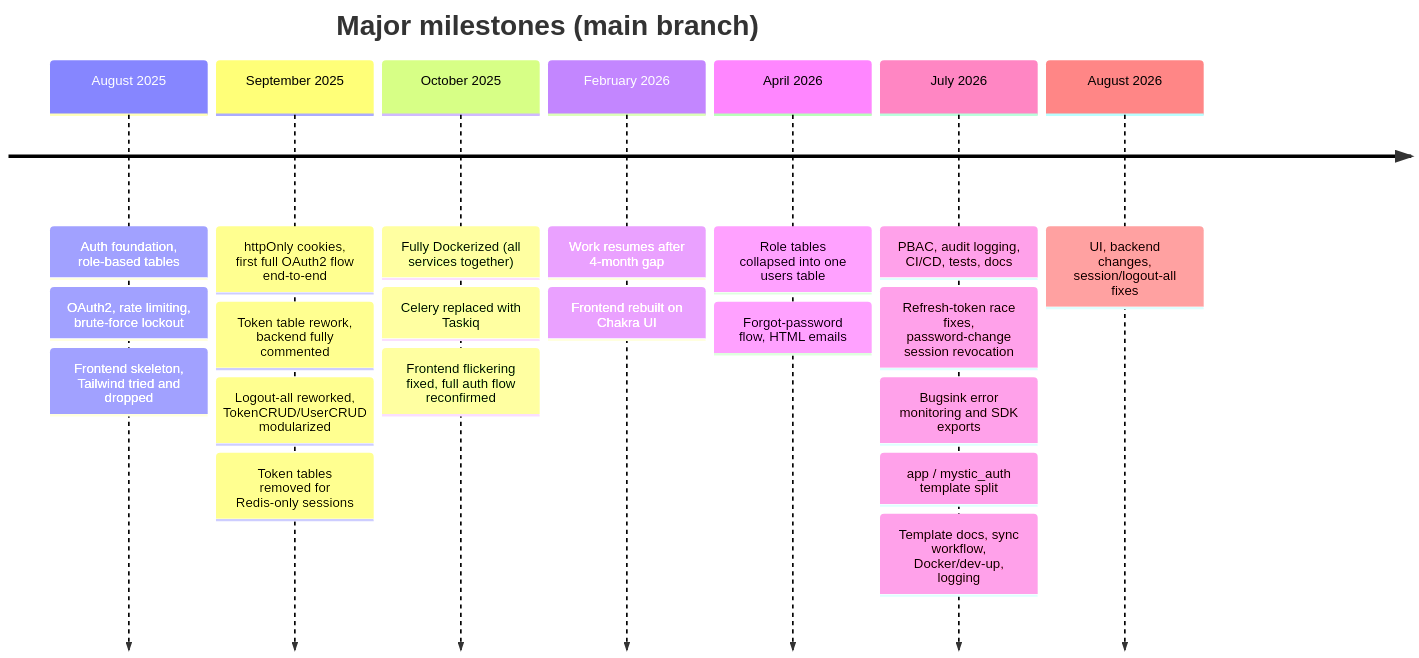
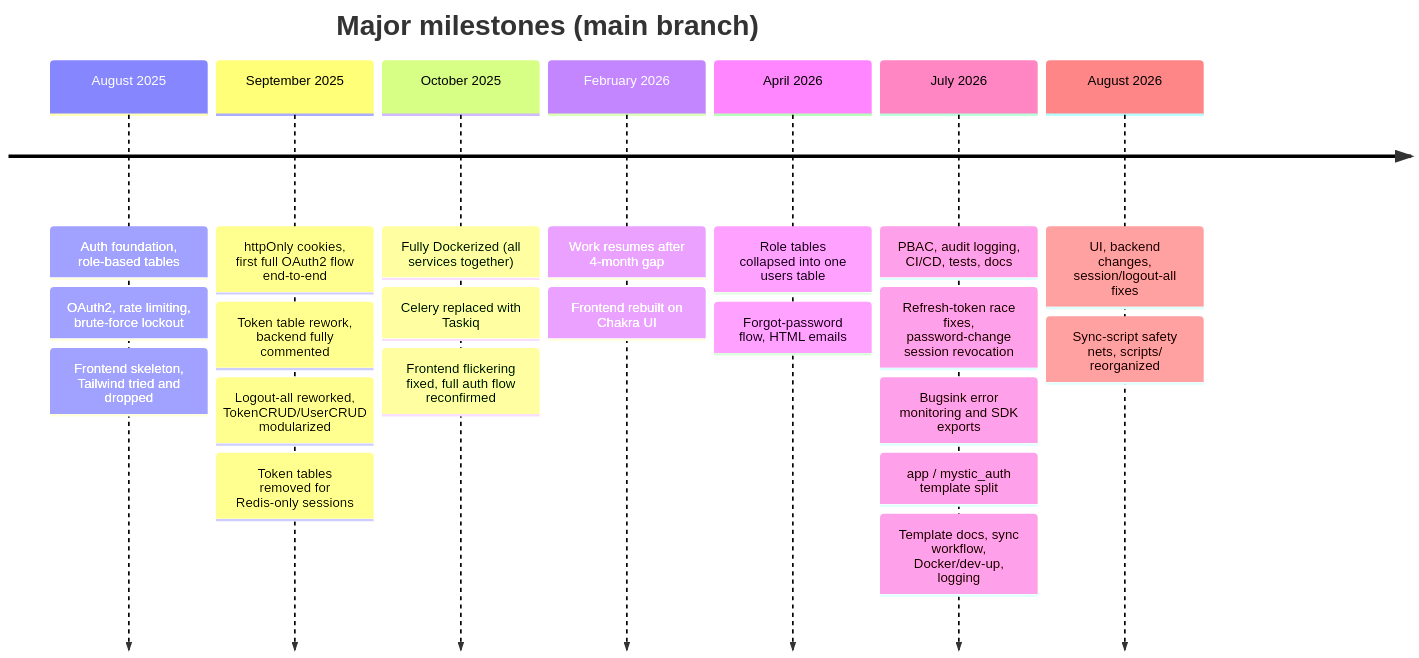
One commit to Nachiket-2024/mystic-auth changed the diagram in docs/mystic_auth/project-story/README.md. Above: the diagram before and after it, drawn with Mermaid. The commit also changed other lines of this file and 29 other files, not shown here.

````diff
--- a/docs/mystic_auth/project-story/README.md
+++ b/docs/mystic_auth/project-story/README.md
@@ -37,24 +37,25 @@
 ```mermaid
 timeline
     title Major milestones (main branch)
     August 2025: Auth foundation, role-based tables
             : OAuth2, rate limiting, brute-force lockout
             : Frontend skeleton, Tailwind tried and dropped
     September 2025: httpOnly cookies, first full OAuth2 flow end-to-end
             : Token table rework, backend fully commented
             : Logout-all reworked, TokenCRUD/UserCRUD modularized
             : Token tables removed for Redis-only sessions
     October 2025: Fully Dockerized (all services together)
             : Celery replaced with Taskiq
             : Frontend flickering fixed, full auth flow reconfirmed
     February 2026: Work resumes after 4-month gap
             : Frontend rebuilt on Chakra UI
     April 2026: Role tables collapsed into one users table
             : Forgot-password flow, HTML emails
     July 2026: PBAC, audit logging, CI/CD, tests, docs
             : Refresh-token race fixes, password-change session revocation
             : Bugsink error monitoring and SDK exports
             : app / mystic_auth template split
             : Template docs, sync workflow, Docker/dev-up, logging
     August 2026: UI, backend changes, session/logout-all fixes
+            : Sync-script safety nets, scripts/ reorganized
 ```
````
